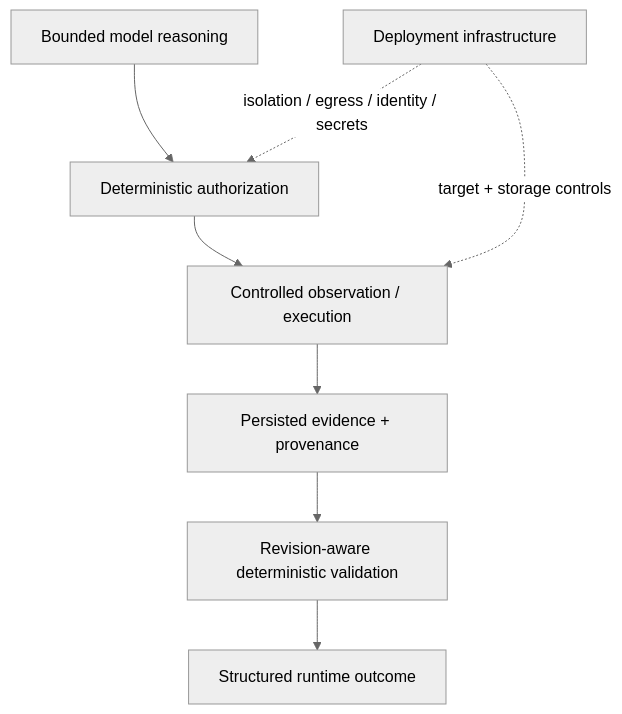
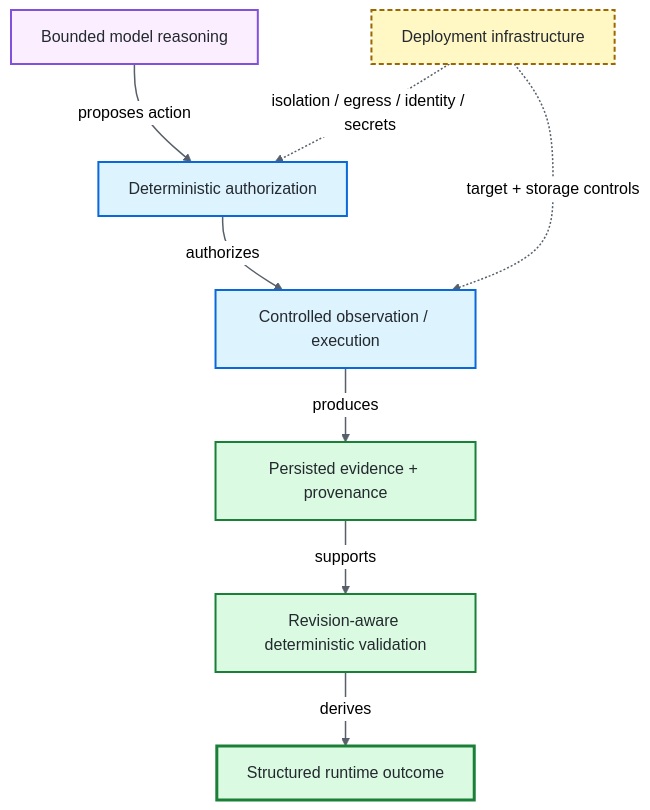
The diagram in docs/PRODUCTION_READINESS.md (portyu9/ai-qa-automation), drawn with Mermaid (neutral theme) before and after one commit. The commit also changed other lines of this file, not shown here.

Commit message:
docs: align production control stack with accessible trust semantics

````diff
--- a/docs/PRODUCTION_READINESS.md
+++ b/docs/PRODUCTION_READINESS.md
@@ -34,10 +34,26 @@
 ```mermaid
 flowchart TD
-    A[Bounded model reasoning] --> B[Deterministic authorization]
-    B --> C[Controlled observation / execution]
-    C --> D[Persisted evidence + provenance]
-    D --> E[Revision-aware deterministic validation]
-    E --> F[Structured runtime outcome]
+    accTitle: Production control stack separating advisory reasoning, deterministic authority, evidence, validation, and deployment enforcement
+    accDescr: Advisory model reasoning submits actions into deterministic authorization. Authorized controlled execution produces persisted evidence and provenance. Revision-aware deterministic validation derives the structured runtime outcome. Deployment infrastructure independently constrains authorization and controlled execution through isolation, egress, identity, secrets, target, and storage controls.
+
+    A[Bounded model reasoning] -->|proposes action| B[Deterministic authorization]
+    B -->|authorizes| C[Controlled observation / execution]
+    C -->|produces| D[Persisted evidence + provenance]
+    D -->|supports| E[Revision-aware deterministic validation]
+    E -->|derives| F[Structured runtime outcome]
     G[Deployment infrastructure] -. isolation / egress / identity / secrets .-> B
     G -. target + storage controls .-> C
+
+    classDef advisory fill:#fbefff,stroke:#8250df,color:#24292f,stroke-width:2px
+    classDef authority fill:#ddf4ff,stroke:#0969da,color:#24292f,stroke-width:2px
+    classDef evidence fill:#dafbe1,stroke:#1a7f37,color:#24292f,stroke-width:2px
+    classDef terminal fill:#dafbe1,stroke:#1a7f37,color:#24292f,stroke-width:3px
+    classDef deployment fill:#fff8c5,stroke:#9a6700,color:#24292f,stroke-width:2px,stroke-dasharray:5 3
+
+    class A advisory
+    class B,C authority
+    class D,E evidence
+    class F terminal
+    class G deployment
+    linkStyle default stroke:#57606a,stroke-width:1.5px
 ```
````
